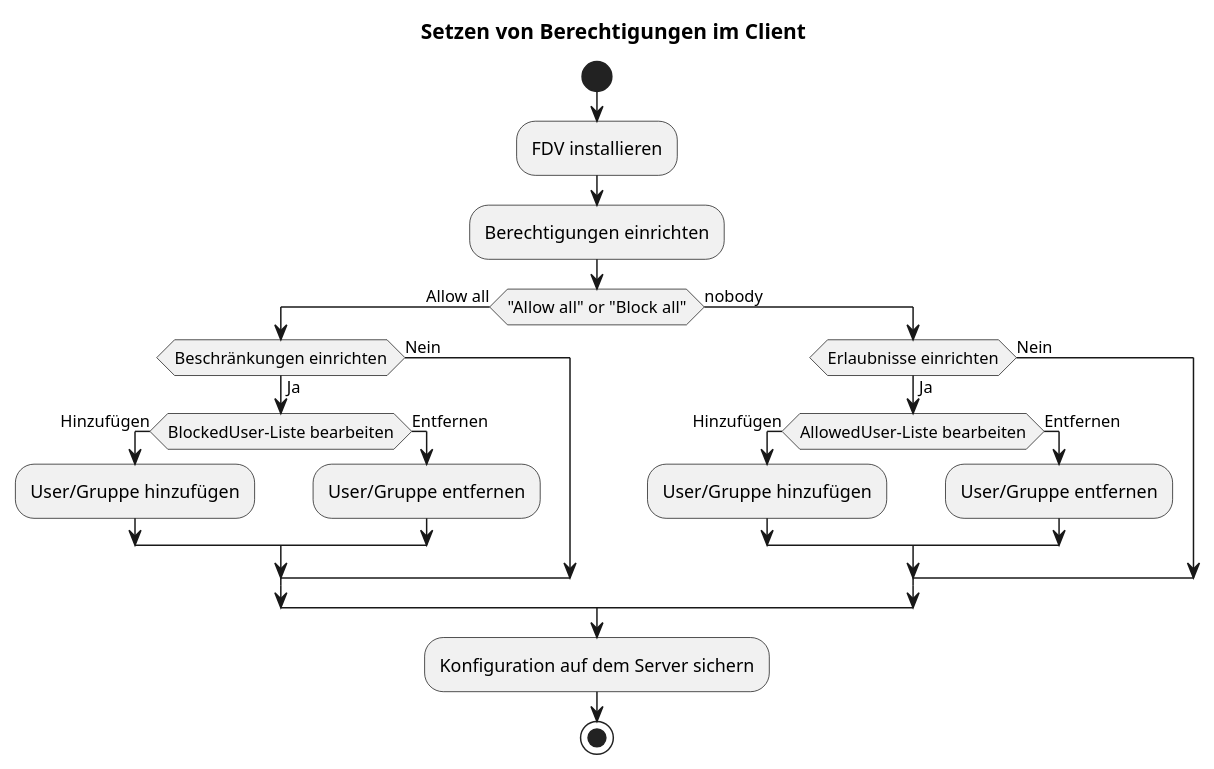
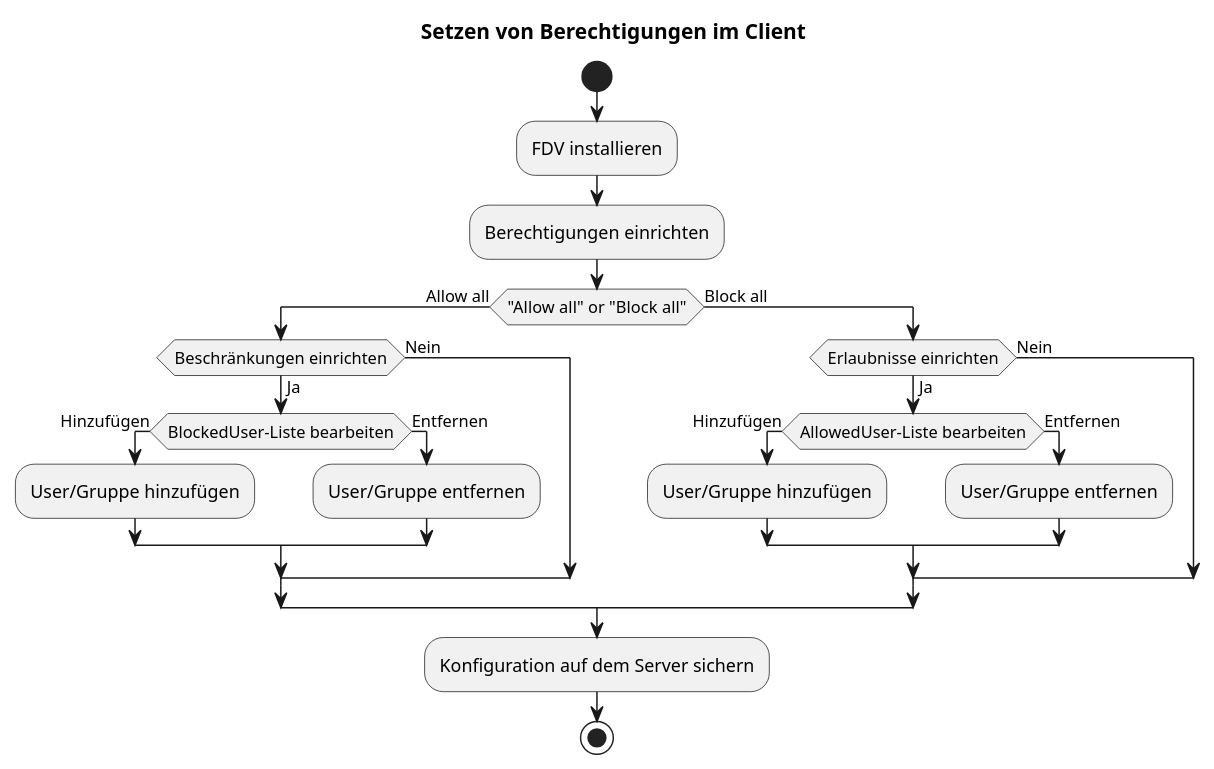
Before and after one commit to gematik/api-ti-messenger: the diagram in src/plantuml/TI-Messenger-Client/Berechtigungen_setzen.puml, drawn with PlantUML.

Commit message:
replaced nobody

```diff
--- a/src/plantuml/TI-Messenger-Client/Berechtigungen_setzen.puml
+++ b/src/plantuml/TI-Messenger-Client/Berechtigungen_setzen.puml
@@ -1,30 +1,30 @@
 @startuml
 title Setzen von Berechtigungen im Client
 skinparam ConditionEndStyle hline
 start
 :FDV installieren;
 :Berechtigungen einrichten;
 
 if ("Allow all" or "Block all") then (Allow all)
   if(Beschränkungen einrichten) then (Ja)
     if(BlockedUser-Liste bearbeiten) then (Hinzufügen)
     :User/Gruppe hinzufügen;
     else (Entfernen)
     :User/Gruppe entfernen;
     endif
   else(Nein)
   endif
-else (nobody)
+else (Block all)
   if(Erlaubnisse einrichten) then (Ja)
     if(AllowedUser-Liste bearbeiten) then (Hinzufügen)
     :User/Gruppe hinzufügen;
     else (Entfernen)
     :User/Gruppe entfernen;
     endif
   else(Nein)
   endif
 endif
 :Konfiguration auf dem Server sichern;
 stop
 
 @enduml
```
